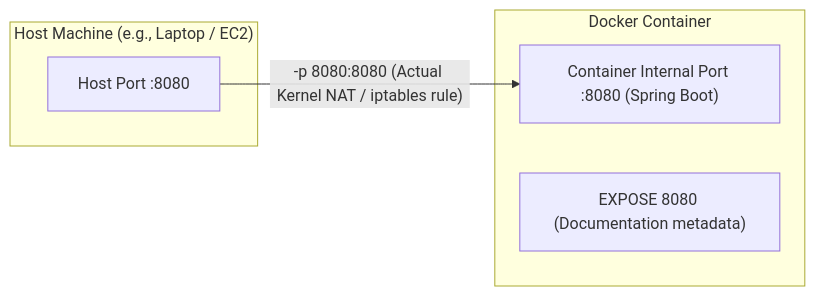
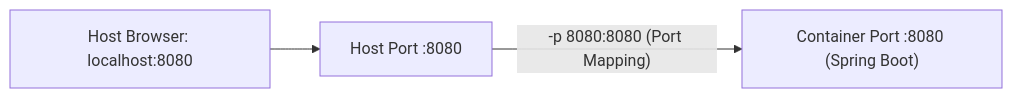
One commit to rohithgowda18/Notes changed the ninth of 14 diagrams in 07-Backend-Engineering/Docker.md. Above: the diagram before and after it, drawn with Mermaid. The commit also changed other lines of this file, not shown here.

Commit message:
docs(docker): prune low-frequency DevOps topics and focus on high-yield placement Q&A

````diff
--- a/07-Backend-Engineering/Docker.md
+++ b/07-Backend-Engineering/Docker.md
@@ -333,13 +305,9 @@
 ```mermaid
 flowchart LR
-    subgraph HostOS ["Host Machine (e.g., Laptop / EC2)"]
-        HostPort["Host Port :8080"]
-    end
+    Browser["Host Browser: localhost:8080"]
+    HostPort["Host Port :8080"]
+    ContainerPort["Container Port :8080 (Spring Boot)"]
 
-    subgraph Container ["Docker Container"]
-        AppPort["Container Internal Port :8080 (Spring Boot)"]
-        Doc["EXPOSE 8080 (Documentation metadata)"]
-    end
-
-    HostPort -->|"-p 8080:8080 (Actual Kernel NAT / iptables rule)"| AppPort
+    Browser --> HostPort
+    HostPort -->|"-p 8080:8080 (Port Mapping)"| ContainerPort
 ```
````
